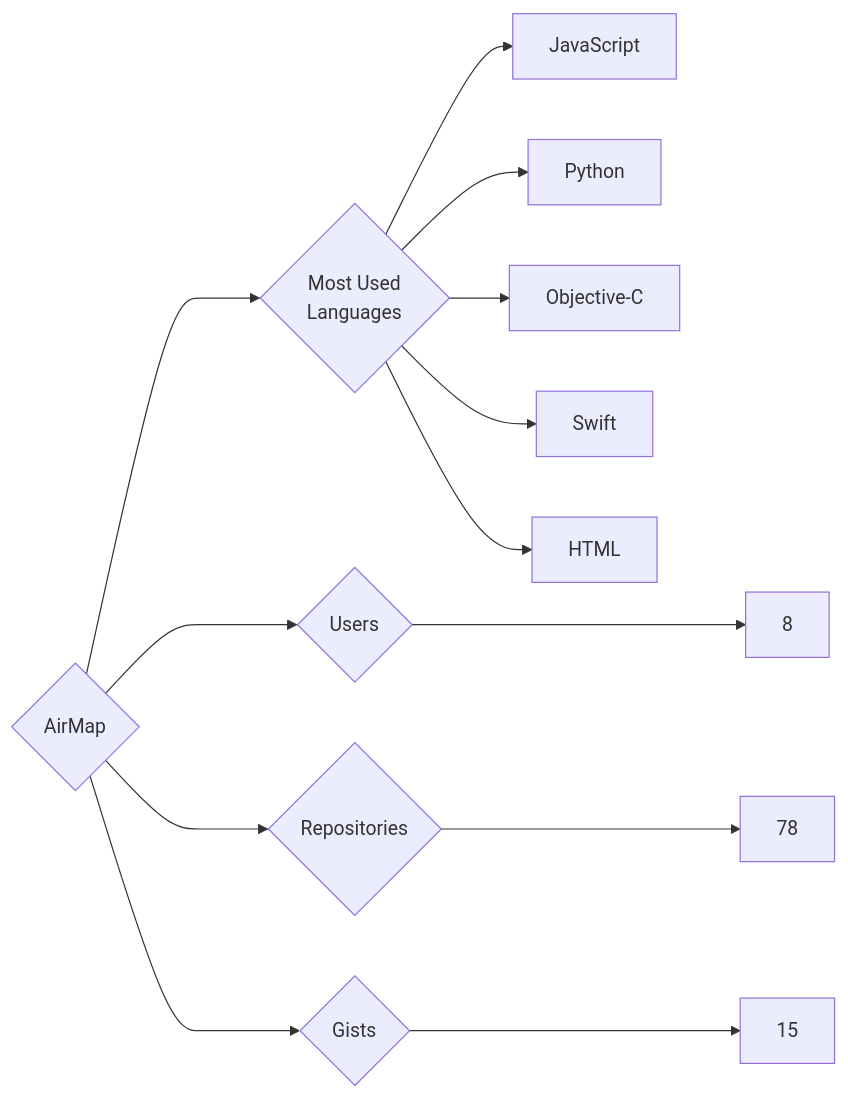
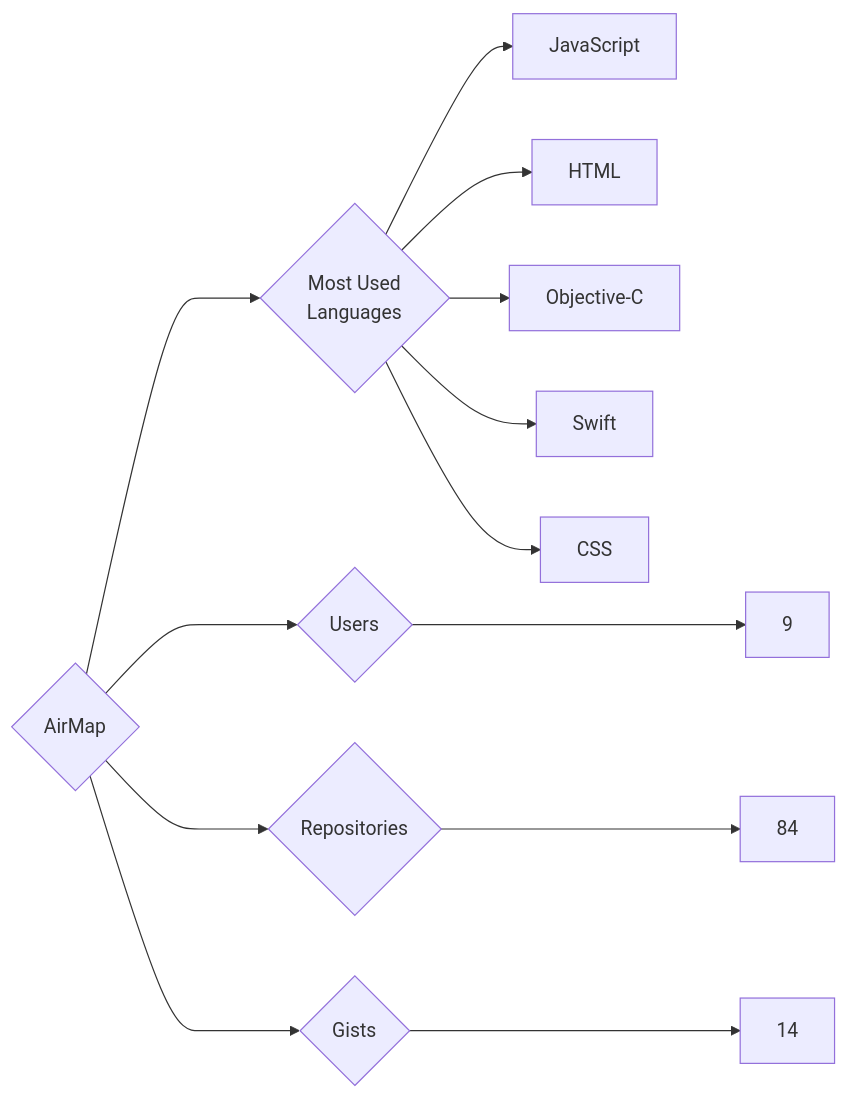
One commit to trickest/insiders changed the diagram in targets/AirMap/README.md. Above: the diagram before and after it, drawn with Mermaid. The commit also changed 1092 other files, not shown here.

````diff
--- a/targets/AirMap/README.md
+++ b/targets/AirMap/README.md
@@ -3,13 +3,13 @@
 ```mermaid
 graph LR
 COMPANY_NAME{AirMap}
-COMPANY_NAME ---> U{Users} ---> UN[8]
-COMPANY_NAME ---> R{Repositories} ---> RN[78]
-COMPANY_NAME ---> G{Gists} ---> GN[15]
+COMPANY_NAME ---> U{Users} ---> UN[9]
+COMPANY_NAME ---> R{Repositories} ---> RN[84]
+COMPANY_NAME ---> G{Gists} ---> GN[14]
 COMPANY_NAME ---> ML{Most Used<br>Languages}
 ML --> JavaScript[JavaScript]
-ML --> Python[Python]
+ML --> HTML[HTML]
 ML --> Objective-C[Objective-C]
 ML --> Swift[Swift]
-ML --> HTML[HTML]
+ML --> CSS[CSS]
 ```
````
